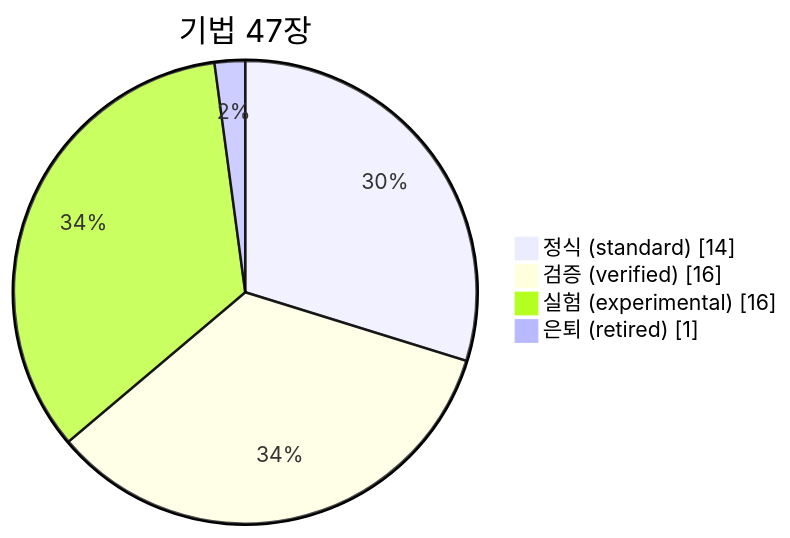
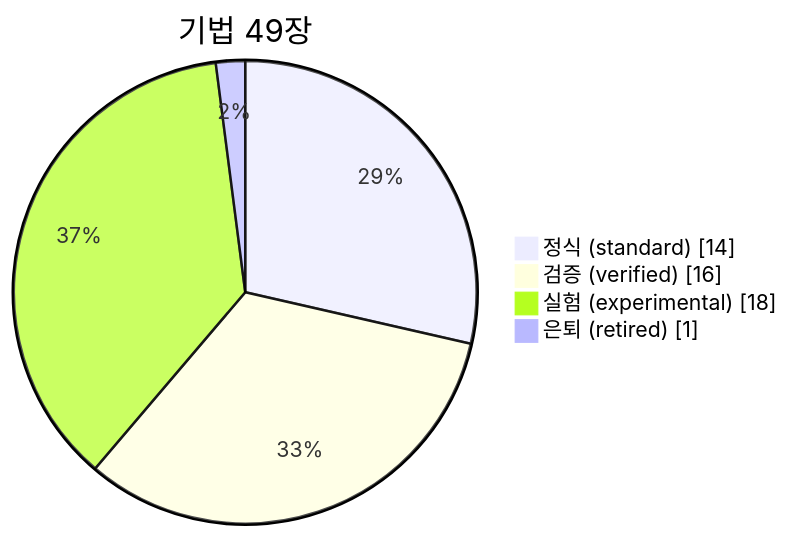
Before and after one commit to csbakk/clone-kb: the diagram in README.md, drawn with Mermaid. The commit also changed other lines of this file, not shown here.

````diff
--- a/README.md
+++ b/README.md
@@ -32,8 +32,8 @@
 ```mermaid
 pie showData
-    title 기법 47장
+    title 기법 49장
     "정식 (standard)" : 14
     "검증 (verified)" : 16
-    "실험 (experimental)" : 16
+    "실험 (experimental)" : 18
     "은퇴 (retired)" : 1
 ```
````
